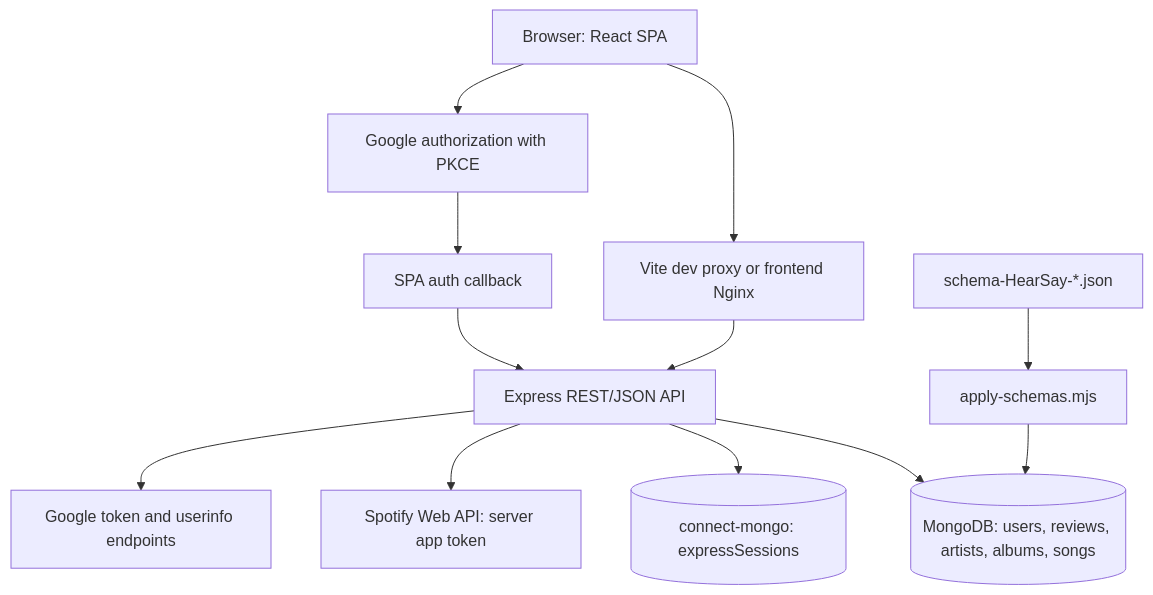
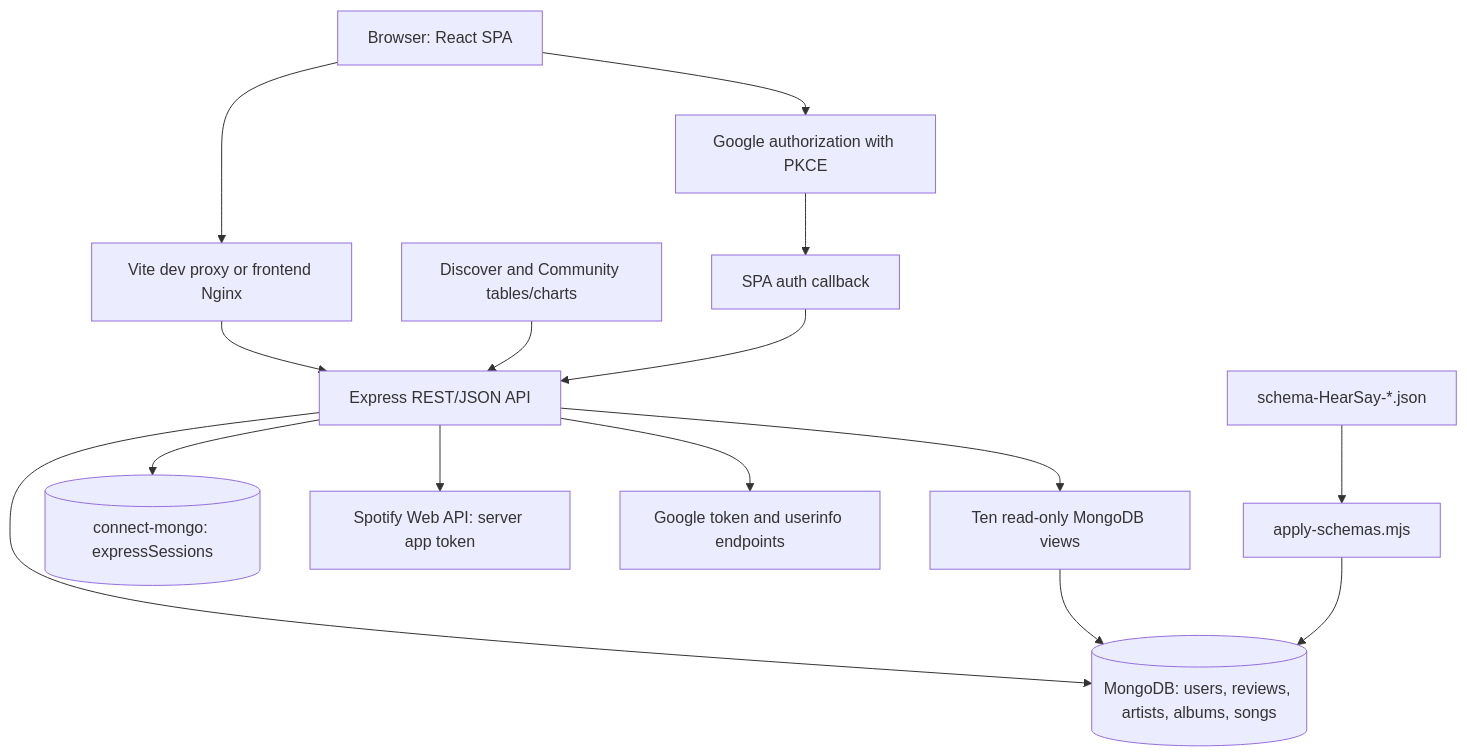
One commit to Data-strucures-finalProject/HearSay changed the first of 2 diagrams in docs/ARCHITECTURE.md. Above: the diagram before and after it, drawn with Mermaid. The commit also changed other lines of this file and 32 other files, not shown here.

````diff
--- a/docs/ARCHITECTURE.md
+++ b/docs/ARCHITECTURE.md
@@ -5,14 +5,17 @@
 ```mermaid
 flowchart TD
     Browser[Browser: React SPA] --> Proxy[Vite dev proxy or frontend Nginx]
     Proxy --> API[Express REST/JSON API]
     API --> Mongo[(MongoDB: users, reviews, artists, albums, songs)]
+    API --> Views[Ten read-only MongoDB views]
+    Views --> Mongo
+    Discover[Discover and Community tables/charts] --> API
     API --> Sessions[(connect-mongo: expressSessions)]
     API --> Spotify[Spotify Web API: server app token]
     Browser --> Google[Google authorization with PKCE]
     Google --> Callback[SPA auth callback]
     Callback --> API
     API --> GoogleInfo[Google token and userinfo endpoints]
     Schemas[schema-HearSay-*.json] --> Init[apply-schemas.mjs]
     Init --> Mongo
 ```
````
